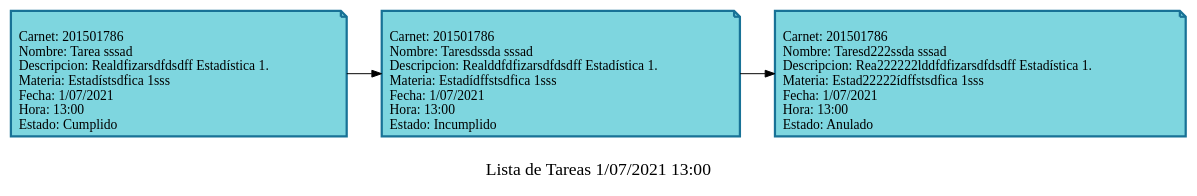
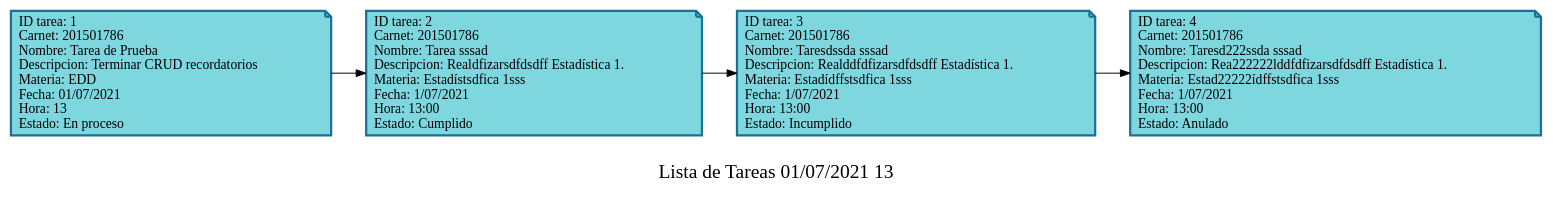
One commit to DanielDubonDR/EDD_SmartClass_201901772 changed the diagram in Fase_2/Archivos_dot/ListaTareas.dot. Above: the diagram before and after it, drawn with Graphviz. The commit also changed 3 other files, not shown here.

First line of the commit message:
Implementacion add al CRUD recordatorios correccion en el reporte tareas

```diff
--- a/Fase_2/Archivos_dot/ListaTareas.dot
+++ b/Fase_2/Archivos_dot/ListaTareas.dot
@@ -1,12 +1,14 @@
 
         digraph List {
         rankdir=LR;
-        label="\nLista de Tareas 1/07/2021 13:00 " fontsize=18;
+        label="\nLista de Tareas 01/07/2021 13 " fontsize=20;
         node [shape = note, color="#187296", style=filled, fillcolor="#7ed6df" penwidth=2.3];
         
-		N1 [label="\lCarnet: 201501786 \lNombre: Tarea sssad \lDescripcion: Realdfizarsdfdsdff Estadística 1. \lMateria: Estadístsdfica 1sss \lFecha: 1/07/2021 \lHora: 13:00 \lEstado: Cumplido\l"];
-		N2 [label="\lCarnet: 201501786 \lNombre: Taresdssda sssad \lDescripcion: Realddfdfizarsdfdsdff Estadística 1. \lMateria: Estadídffstsdfica 1sss \lFecha: 1/07/2021 \lHora: 13:00 \lEstado: Incumplido\l"];
-		N3 [label="\lCarnet: 201501786 \lNombre: Taresd222ssda sssad \lDescripcion: Rea222222lddfdfizarsdfdsdff Estadística 1. \lMateria: Estad22222ídffstsdfica 1sss \lFecha: 1/07/2021 \lHora: 13:00 \lEstado: Anulado\l"];
+		N1 [label="\ID tarea: 1 \lCarnet: 201501786 \lNombre: Tarea de Prueba \lDescripcion: Terminar CRUD recordatorios \lMateria: EDD \lFecha: 01/07/2021 \lHora: 13 \lEstado: En proceso\l"];
+		N2 [label="\ID tarea: 2 \lCarnet: 201501786 \lNombre: Tarea sssad \lDescripcion: Realdfizarsdfdsdff Estadística 1. \lMateria: Estadístsdfica 1sss \lFecha: 1/07/2021 \lHora: 13:00 \lEstado: Cumplido\l"];
+		N3 [label="\ID tarea: 3 \lCarnet: 201501786 \lNombre: Taresdssda sssad \lDescripcion: Realddfdfizarsdfdsdff Estadística 1. \lMateria: Estadídffstsdfica 1sss \lFecha: 1/07/2021 \lHora: 13:00 \lEstado: Incumplido\l"];
+		N4 [label="\ID tarea: 4 \lCarnet: 201501786 \lNombre: Taresd222ssda sssad \lDescripcion: Rea222222lddfdfizarsdfdsdff Estadística 1. \lMateria: Estad22222ídffstsdfica 1sss \lFecha: 1/07/2021 \lHora: 13:00 \lEstado: Anulado\l"];
 		N1 -> N2
 		N2 -> N3
+		N3 -> N4
 }
```
